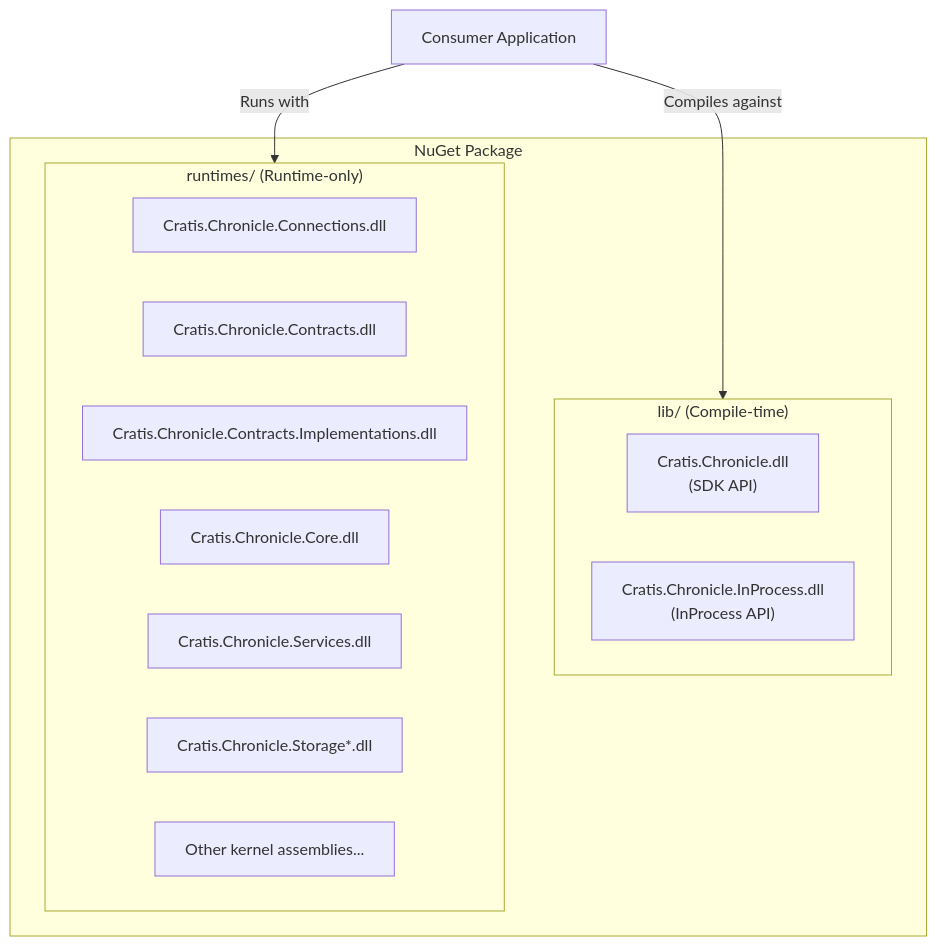
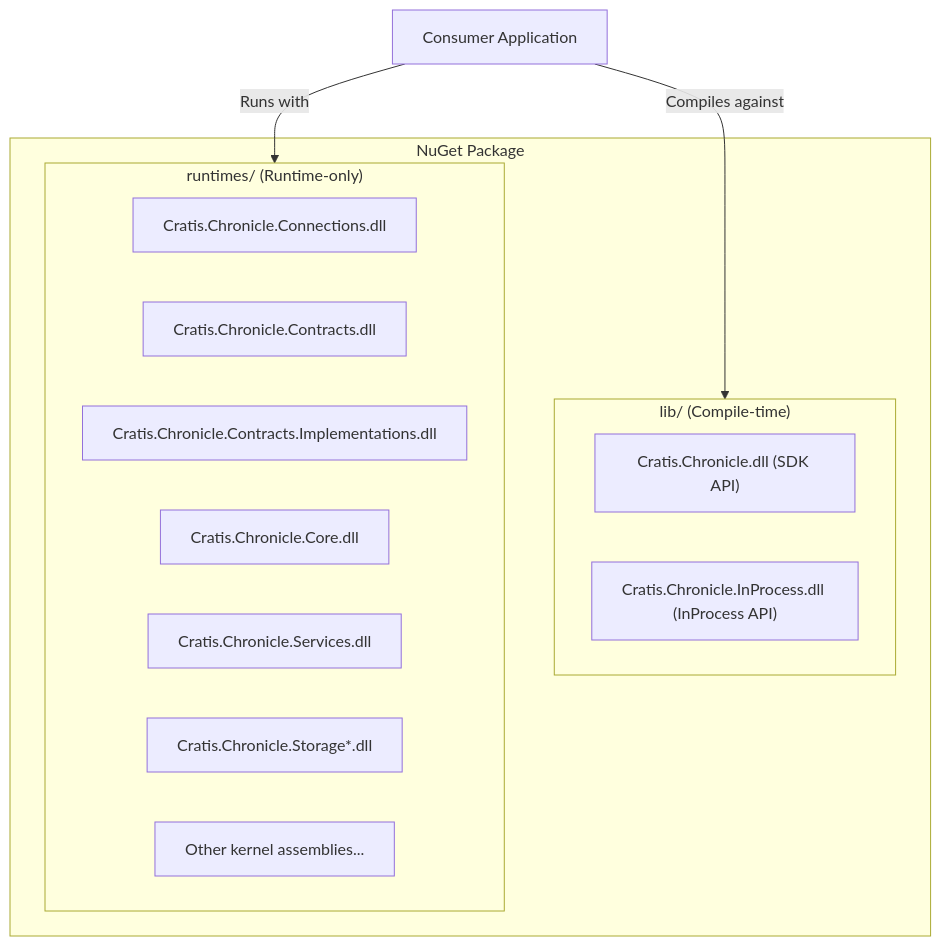
Before and after one commit to Cratis/Chronicle: the first of 2 diagrams in Documentation/contributing/clients/internalization.md, drawn with Mermaid. The commit also changed 43 other files, not shown here.

````diff
--- a/Documentation/contributing/clients/internalization.md
+++ b/Documentation/contributing/clients/internalization.md
@@ -29,22 +29,22 @@
 ```mermaid
 flowchart TB
     subgraph NuGet["NuGet Package"]
         subgraph lib["lib/ (Compile-time)"]
-            SDK["Cratis.Chronicle.dll<br/>(SDK API)"]
-            InProcess["Cratis.Chronicle.InProcess.dll<br/>(InProcess API)"]
+            SDK["Cratis.Chronicle.dll (SDK API)"]
+            InProcess["Cratis.Chronicle.InProcess.dll (InProcess API)"]
         end
         subgraph runtimes["runtimes/ (Runtime-only)"]
             Connections["Cratis.Chronicle.Connections.dll"]
             Contracts["Cratis.Chronicle.Contracts.dll"]
             ContractsImpl["Cratis.Chronicle.Contracts.Implementations.dll"]
             Core["Cratis.Chronicle.Core.dll"]
             Services["Cratis.Chronicle.Services.dll"]
             Storage["Cratis.Chronicle.Storage*.dll"]
             Others["Other kernel assemblies..."]
         end
     end
 
     Consumer["Consumer Application"]
     Consumer -->|"Compiles against"| lib
     Consumer -->|"Runs with"| runtimes
 ```
````
